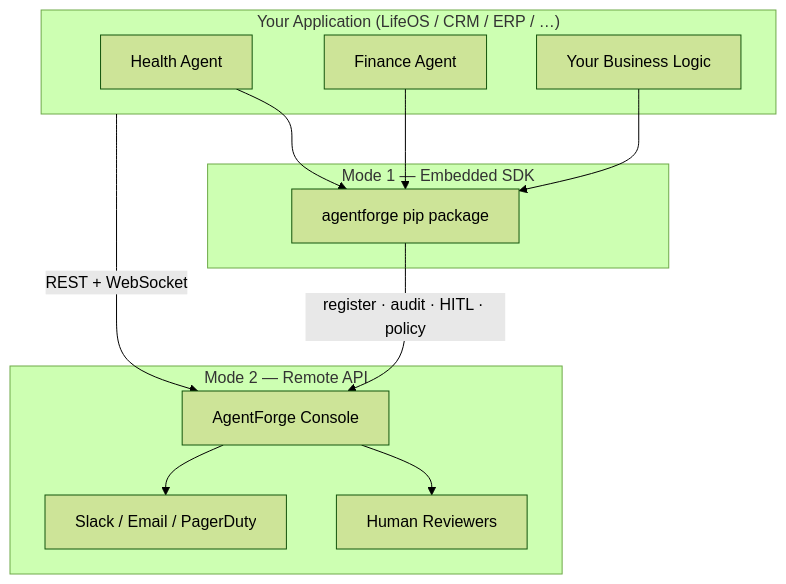
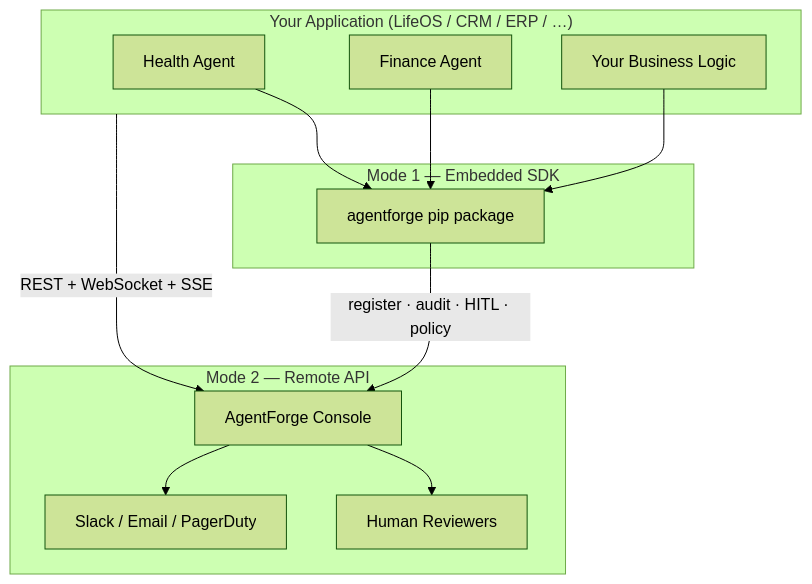
Before and after one commit to yudira-repos/agent-forge: the diagram in README.md, drawn with Mermaid (forest theme). The commit also changed other lines of this file and 1 other file, not shown here.

First line of the commit message:
fix: SSE uses DB-merged metrics so per-agent table never blanks on first tick

````diff
--- a/README.md
+++ b/README.md
@@ -233,26 +281,26 @@
 ```mermaid
 flowchart TB
     subgraph app ["Your Application (LifeOS / CRM / ERP / …)"]
         A1["Health Agent"]
         A2["Finance Agent"]
         A3["Your Business Logic"]
     end
 
     subgraph sdk ["Mode 1 — Embedded SDK"]
         SDK["agentforge pip package"]
     end
 
     subgraph remote ["Mode 2 — Remote API"]
         API["AgentForge Console"]
         UI["Human Reviewers"]
         Slack["Slack / Email / PagerDuty"]
     end
 
     A1 --> SDK
     A2 --> SDK
     A3 --> SDK
     SDK -->|"register · audit · HITL · policy"| API
-    app -->|"REST + WebSocket"| API
+    app -->|"REST + WebSocket + SSE"| API
     API --> UI
     API --> Slack
 ```
````
